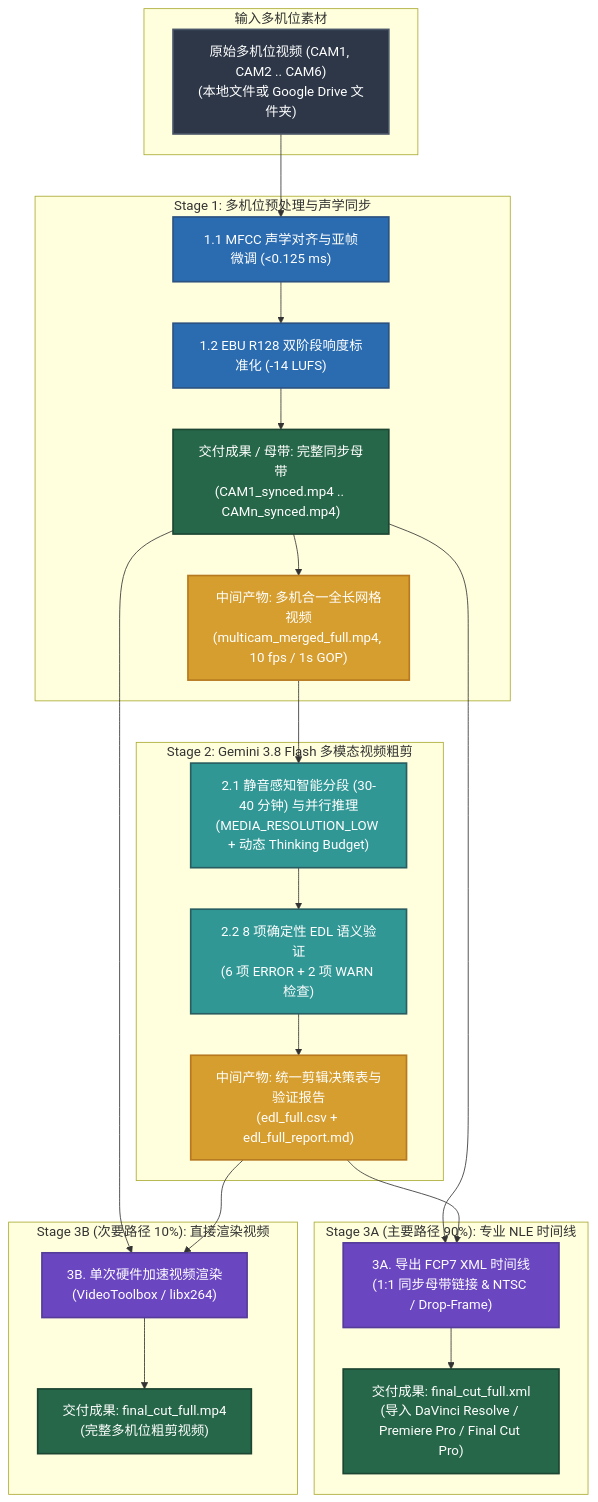
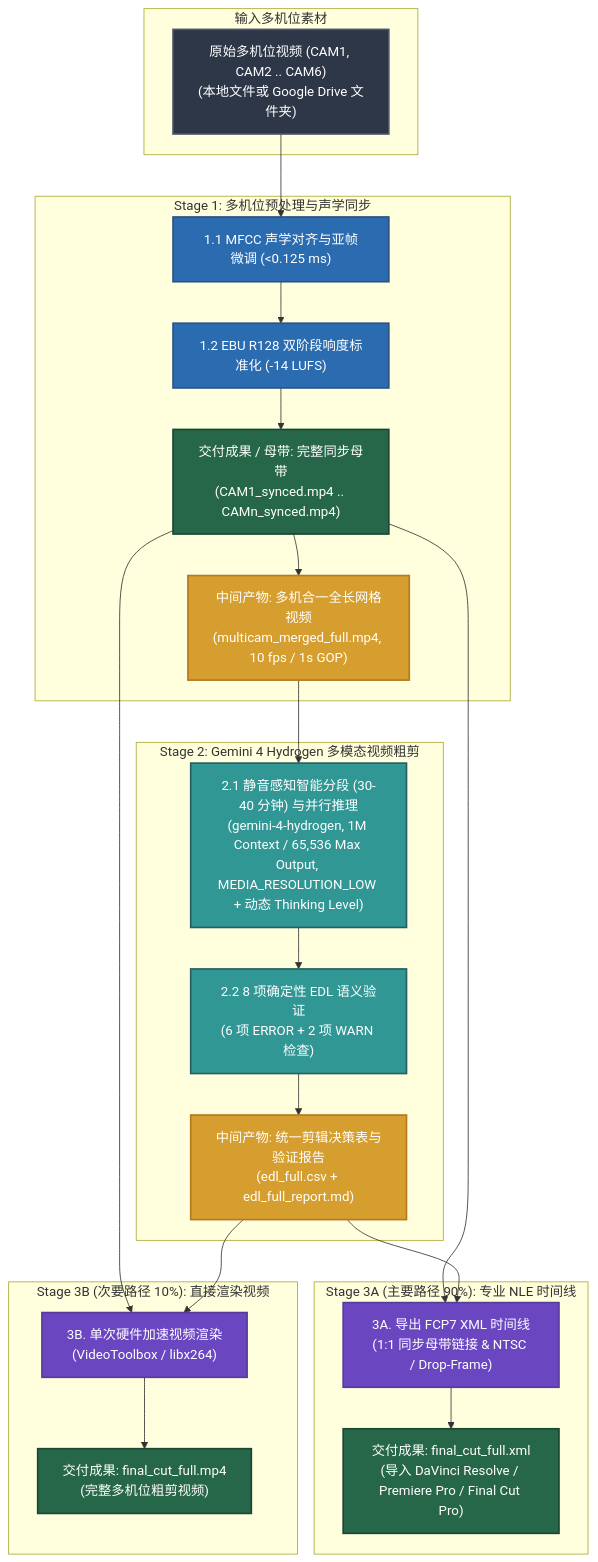
The diagram in README.zh-CN.md (sylphlin/multicam-video-preprocessing), drawn with Mermaid before and after one commit. The commit also changed other lines of this file and 13 other files, not shown here.

First line of the commit message:
feat(model): upgrade Stage 2 EDL model to Gemini 4 Hydrogen (gemini-4-hydrogen)

````diff
--- a/README.zh-CN.md
+++ b/README.zh-CN.md
@@ -78,50 +82,50 @@
 ```mermaid
 flowchart TD
     classDef inputStyle fill:#2D3748,stroke:#4A5568,stroke-width:2px,color:#fff;
     classDef stage1Style fill:#2B6CB0,stroke:#2C5282,stroke-width:2px,color:#fff;
     classDef stage2Style fill:#319795,stroke:#285E61,stroke-width:2px,color:#fff;
     classDef stage3Style fill:#6B46C1,stroke:#553C9A,stroke-width:2px,color:#fff;
     classDef artifactStyle fill:#D69E2E,stroke:#B7791F,stroke-width:2px,color:#fff;
     classDef outputStyle fill:#276749,stroke:#1C4532,stroke-width:2px,color:#fff;
 
     subgraph Inputs["输入多机位素材"]
         A["原始多机位视频 (CAM1, CAM2 .. CAM6)<br/>(本地文件或 Google Drive 文件夹)"]:::inputStyle
     end
 
     subgraph S1["Stage 1: 多机位预处理与声学同步"]
         S1_1["1.1 MFCC 声学对齐与亚帧微调 (<0.125 ms)"]:::stage1Style
         S1_2["1.2 EBU R128 双阶段响度标准化 (-14 LUFS)"]:::stage1Style
         S1_3["交付成果 / 母带: 完整同步母带<br/>(CAM1_synced.mp4 .. CAMn_synced.mp4)"]:::outputStyle
         S1_4["中间产物: 多机合一全长网格视频<br/>(multicam_merged_full.mp4, 10 fps / 1s GOP)"]:::artifactStyle
         S1_1 --> S1_2
         S1_2 --> S1_3
         S1_3 --> S1_4
     end
 
-    subgraph S2["Stage 2: Gemini 3.8 Flash 多模态视频粗剪"]
-        S2_1["2.1 静音感知智能分段 (30-40 分钟) 与并行推理<br/>(MEDIA_RESOLUTION_LOW + 动态 Thinking Budget)"]:::stage2Style
+    subgraph S2["Stage 2: Gemini 4 Hydrogen 多模态视频粗剪"]
+        S2_1["2.1 静音感知智能分段 (30-40 分钟) 与并行推理<br/>(gemini-4-hydrogen, 1M Context / 65,536 Max Output, MEDIA_RESOLUTION_LOW + 动态 Thinking Level)"]:::stage2Style
         S2_2["2.2 8 项确定性 EDL 语义验证<br/>(6 项 ERROR + 2 项 WARN 检查)"]:::stage2Style
         EDL["中间产物: 统一剪辑决策表与验证报告<br/>(edl_full.csv + edl_full_report.md)"]:::artifactStyle
         S2_1 --> S2_2
         S2_2 --> EDL
     end
 
     subgraph S3A["Stage 3A (主要路径 90%): 专业 NLE 时间线"]
         S3A_ACT["3A. 导出 FCP7 XML 时间线<br/>(1:1 同步母带链接 & NTSC / Drop-Frame)"]:::stage3Style
         XML["交付成果: final_cut_full.xml<br/>(导入 DaVinci Resolve / Premiere Pro / Final Cut Pro)"]:::outputStyle
         S3A_ACT --> XML
     end
 
     subgraph S3B["Stage 3B (次要路径 10%): 直接渲染视频"]
         S3B_ACT["3B. 单次硬件加速视频渲染<br/>(VideoToolbox / libx264)"]:::stage3Style
         MP4["交付成果: final_cut_full.mp4<br/>(完整多机位粗剪视频)"]:::outputStyle
         S3B_ACT --> MP4
     end
 
     A --> S1_1
     S1_4 --> S2_1
     S1_3 --> S3A_ACT
     EDL --> S3A_ACT
     S1_3 --> S3B_ACT
     EDL --> S3B_ACT
 ```
````
